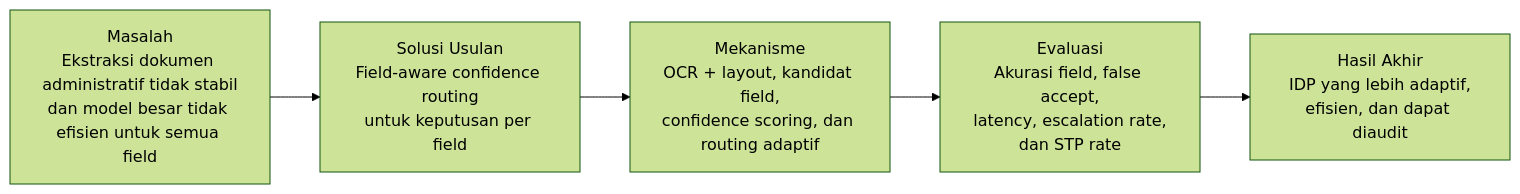
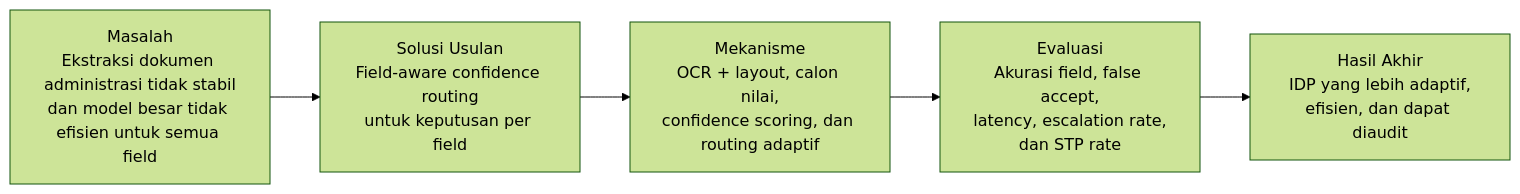
Before and after one commit to kennceha-dev/thesis-s2: the first of 2 diagrams in metodologi_field_aware_confidence_routing.md, drawn with Mermaid (forest theme). The commit also changed other lines of this file and 2 other files, not shown here.

````diff
--- a/metodologi_field_aware_confidence_routing.md
+++ b/metodologi_field_aware_confidence_routing.md
@@ -6,7 +6,7 @@
 ```mermaid
 flowchart LR
-    A["Masalah<br/>Ekstraksi dokumen administratif tidak stabil<br/>dan model besar tidak efisien untuk semua field"] --> B["Solusi Usulan<br/>Field-aware confidence routing<br/>untuk keputusan per field"]
-    B --> C["Mekanisme<br/>OCR + layout, kandidat field,<br/>confidence scoring, dan routing adaptif"]
+    A["Masalah<br/>Ekstraksi dokumen administrasi tidak stabil<br/>dan model besar tidak efisien untuk semua field"] --> B["Solusi Usulan<br/>Field-aware confidence routing<br/>untuk keputusan per field"]
+    B --> C["Mekanisme<br/>OCR + layout, calon nilai,<br/>confidence scoring, dan routing adaptif"]
     C --> D["Evaluasi<br/>Akurasi field, false accept,<br/>latency, escalation rate,<br/>dan STP rate"]
     D --> E["Hasil Akhir<br/>IDP yang lebih adaptif,<br/>efisien, dan dapat diaudit"]
 ```
````
